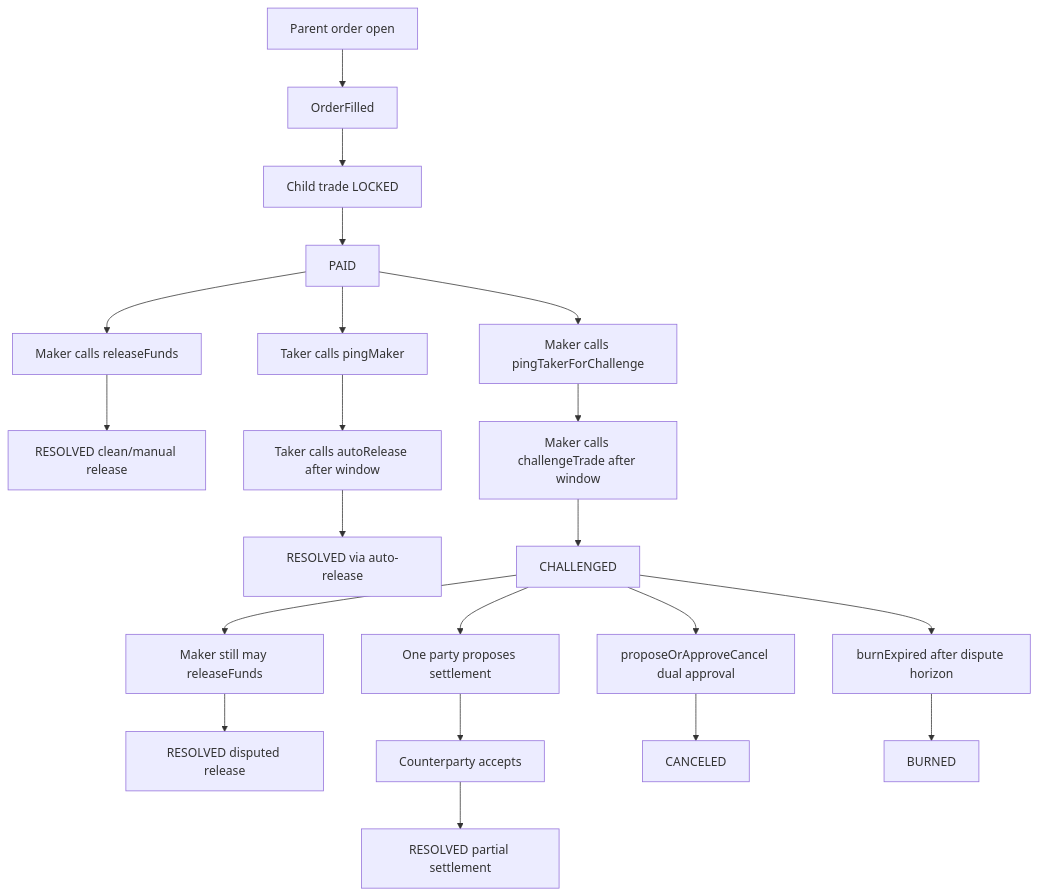
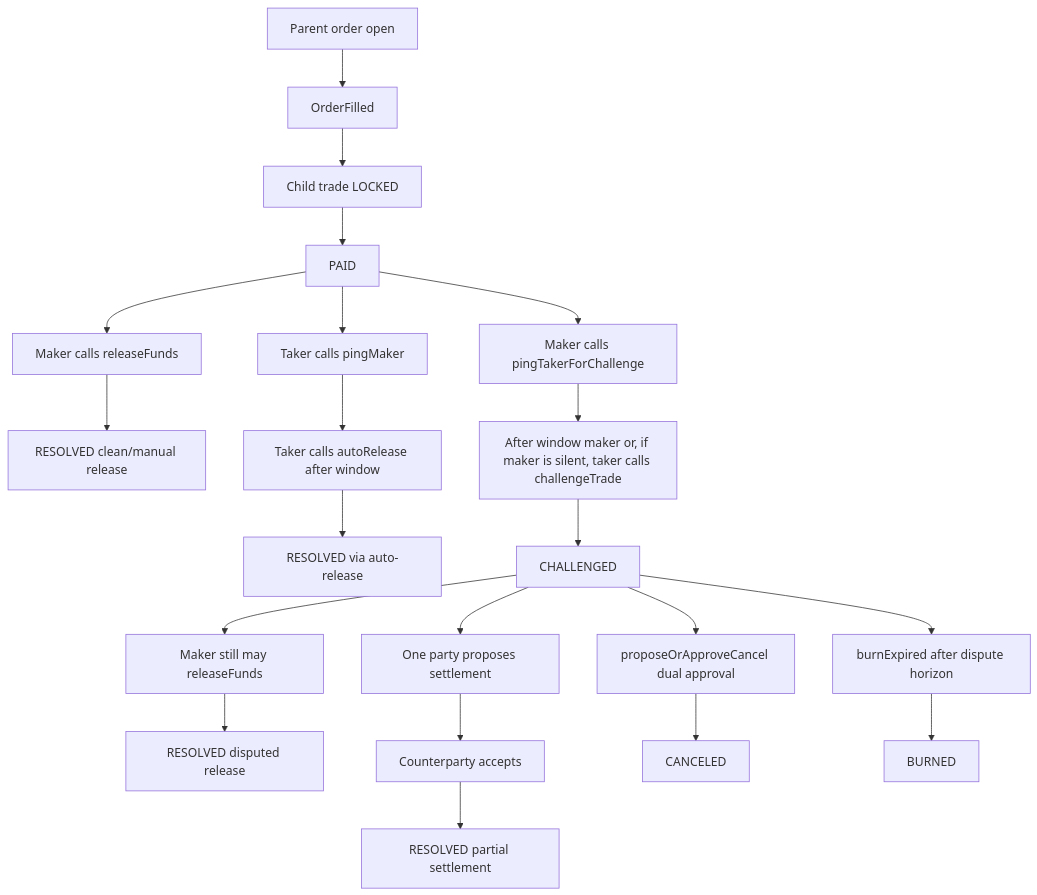
Before and after one commit to MyDemir/Araf-Protocol: the first of 2 diagrams in docs/EN/GAME_THEORY.md, drawn with Mermaid. The commit also changed other lines of this file and 7 other files, not shown here.

````diff
--- a/docs/EN/GAME_THEORY.md
+++ b/docs/EN/GAME_THEORY.md
@@ -32,30 +32,30 @@
 ```mermaid
 flowchart TD
     parent_order[Parent order open] --> fill_event[OrderFilled]
     fill_event --> child_trade[Child trade LOCKED]
     child_trade --> paid_state[PAID]
 
     paid_state --> release_call[Maker calls releaseFunds]
     release_call --> resolved_normal[RESOLVED clean/manual release]
 
     paid_state --> ping_maker[Taker calls pingMaker]
     ping_maker --> auto_release[Taker calls autoRelease after window]
     auto_release --> resolved_penalty[RESOLVED via auto-release]
 
     paid_state --> ping_taker[Maker calls pingTakerForChallenge]
-    ping_taker --> challenge_call[Maker calls challengeTrade after window]
+    ping_taker --> challenge_call[After window maker or, if maker is silent, taker calls challengeTrade]
     challenge_call --> challenged_state[CHALLENGED]
 
     challenged_state --> release_after_challenge[Maker still may releaseFunds]
     release_after_challenge --> disputed_release[RESOLVED disputed release]
 
     challenged_state --> split_offer[One party proposes settlement]
     split_offer --> split_accept[Counterparty accepts]
     split_accept --> split_resolved[RESOLVED partial settlement]
 
     challenged_state --> cancel_dual[proposeOrApproveCancel dual approval]
     cancel_dual --> canceled_state[CANCELED]
 
     challenged_state --> burn_call[burnExpired after dispute horizon]
     burn_call --> burn_terminal[BURNED]
 ```
````
